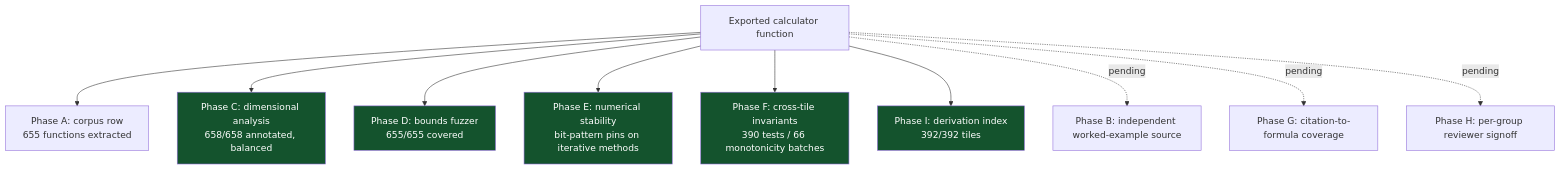
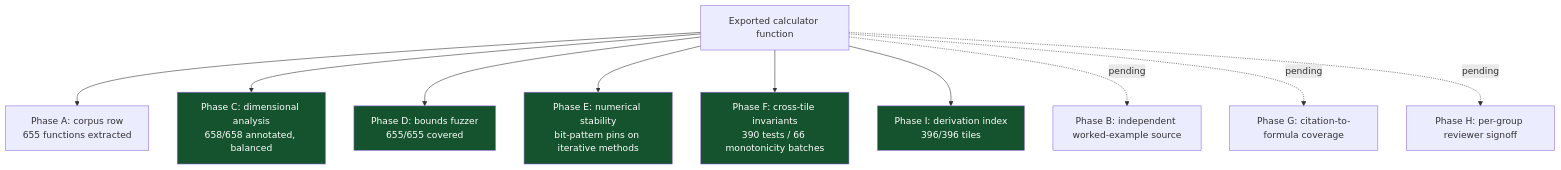
One commit to clay-good/roughlogic.com changed the fourth of 5 diagrams in README.md. Above: the diagram before and after it, drawn with Mermaid. The commit also changed other lines of this file and 19 other files, not shown here.

````diff
--- a/README.md
+++ b/README.md
@@ -204,17 +204,17 @@
 ```mermaid
 flowchart TB
     F[Exported calculator function] --> A[Phase A: corpus row\n655 functions extracted]
     F --> C[Phase C: dimensional analysis\n658/658 annotated, balanced]
     F --> D[Phase D: bounds fuzzer\n655/655 covered]
     F --> E[Phase E: numerical stability\nbit-pattern pins on iterative methods]
     F --> Fa[Phase F: cross-tile invariants\n390 tests / 66 monotonicity batches]
-    F --> I[Phase I: derivation index\n392/392 tiles]
+    F --> I[Phase I: derivation index\n396/396 tiles]
     F -.pending.-> B[Phase B: independent worked-example source]
     F -.pending.-> G[Phase G: citation-to-formula coverage]
     F -.pending.-> H[Phase H: per-group reviewer signoff]
     style C fill:#14532d,color:#fff
     style D fill:#14532d,color:#fff
     style E fill:#14532d,color:#fff
     style Fa fill:#14532d,color:#fff
     style I fill:#14532d,color:#fff
 ```
````
